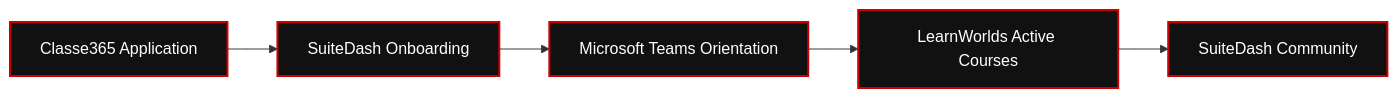
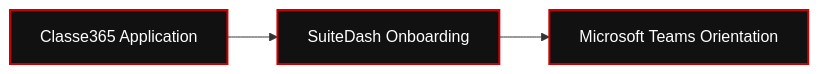
One commit to RIAHPathway/Website-Draft changed the first of 2 diagrams in RIAH-PATHWAY-WEBSITE-WIREFRAMES-STRUCTURE/11. ADMISSIONS/11.7-HOW-RIAH-PATHWAY-WORKS-WIREFRAME.md. Above: the diagram before and after it, drawn with Mermaid. The commit also changed other lines of this file, not shown here.

Commit message:
RIAH Pathway.

````diff
--- a/RIAH-PATHWAY-WEBSITE-WIREFRAMES-STRUCTURE/11. ADMISSIONS/11.7-HOW-RIAH-PATHWAY-WORKS-WIREFRAME.md
+++ b/RIAH-PATHWAY-WEBSITE-WIREFRAMES-STRUCTURE/11. ADMISSIONS/11.7-HOW-RIAH-PATHWAY-WORKS-WIREFRAME.md
@@ -265,14 +13,10 @@
 ```mermaid
 flowchart LR
     N0["Classe365 Application"]
     N1["SuiteDash Onboarding"]
     N2["Microsoft Teams Orientation"]
-    N3["LearnWorlds Active Courses"]
-    N4["SuiteDash Community"]
     N0 --> N1
     N1 --> N2
-    N2 --> N3
-    N3 --> N4
     classDef riah fill:#111111,stroke:#CC0000,color:#FFFFFF,stroke-width:2px;
-    class N0,N1,N2,N3,N4 riah;
+    class N0,N1,N2 riah;
 ```
````
